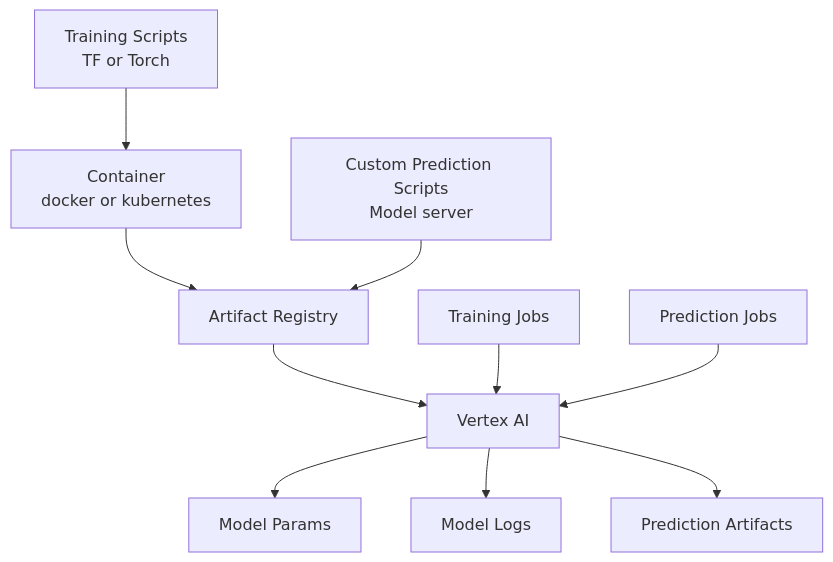
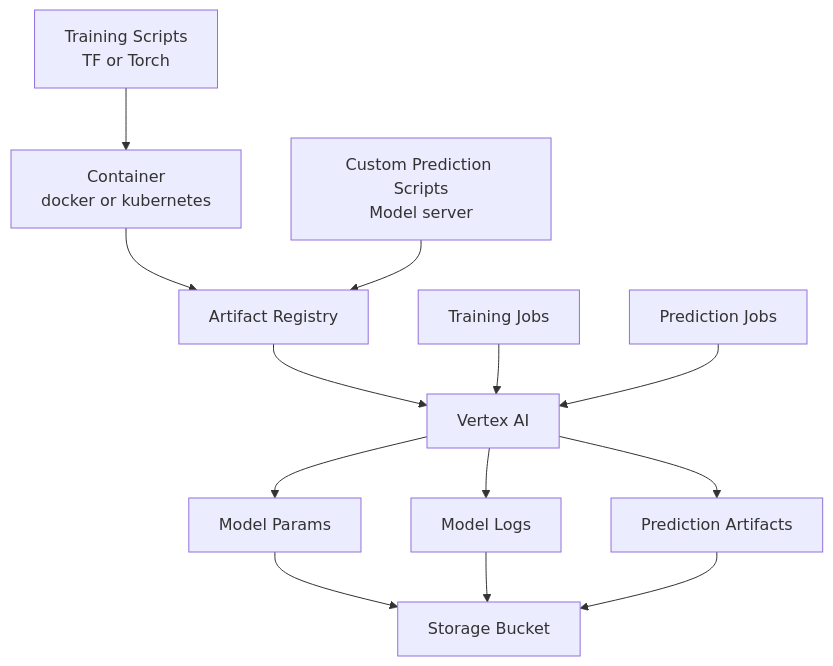
One commit to nuEGil/NotesOnTextTasks changed the diagram in ReadMe.md. Above: the diagram before and after it, drawn with Mermaid.

````diff
--- a/ReadMe.md
+++ b/ReadMe.md
@@ -41,14 +41,15 @@
 ```mermaid
 graph TD;
     A[Training Scripts<br/>TF or Torch<br/>]-->B[Container<br/>docker or kubernetes];
     B-->C[Artifact Registry];
     D[Custom Prediction Scripts<br/>Model server<br/>]-->C;
     C-->E[Vertex AI];
     F[Training Jobs]-->E;
     G[Prediction Jobs]-->E;
     E-->H[Model Params] & I[Model Logs] & J[Prediction Artifacts];
+    H & I & J -->K[Storage Bucket];
     
     
 
     
 ```
````
